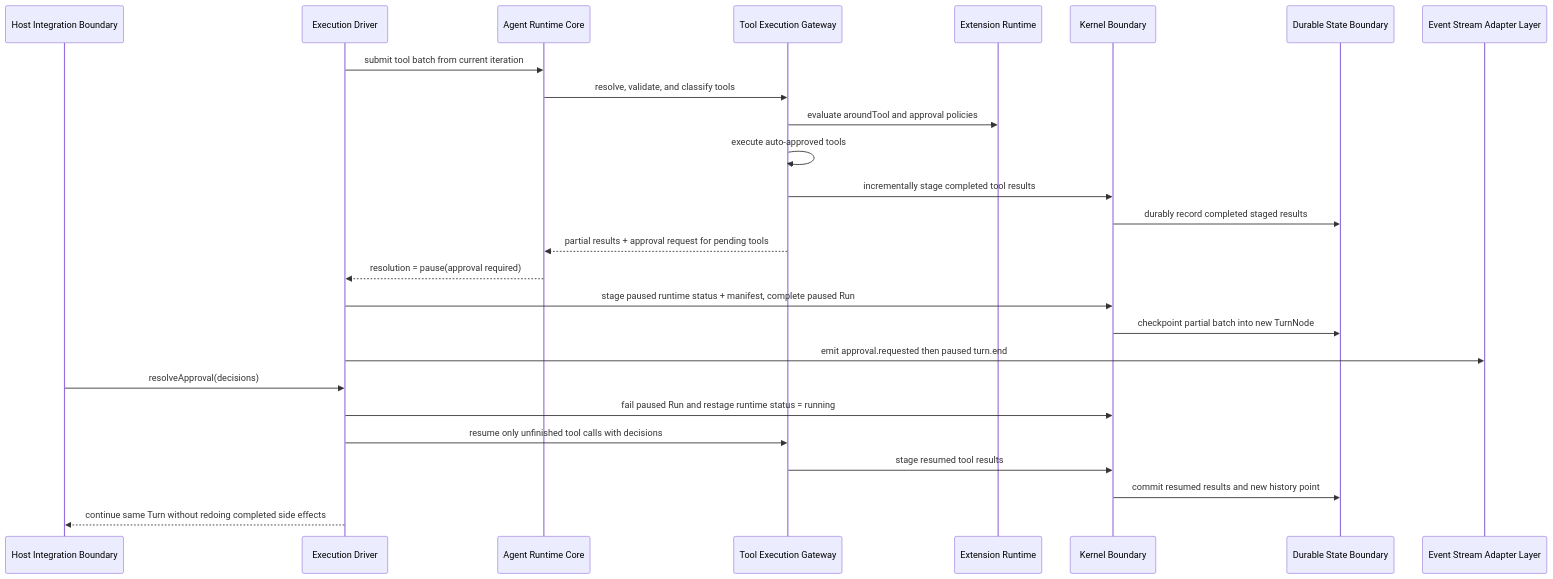
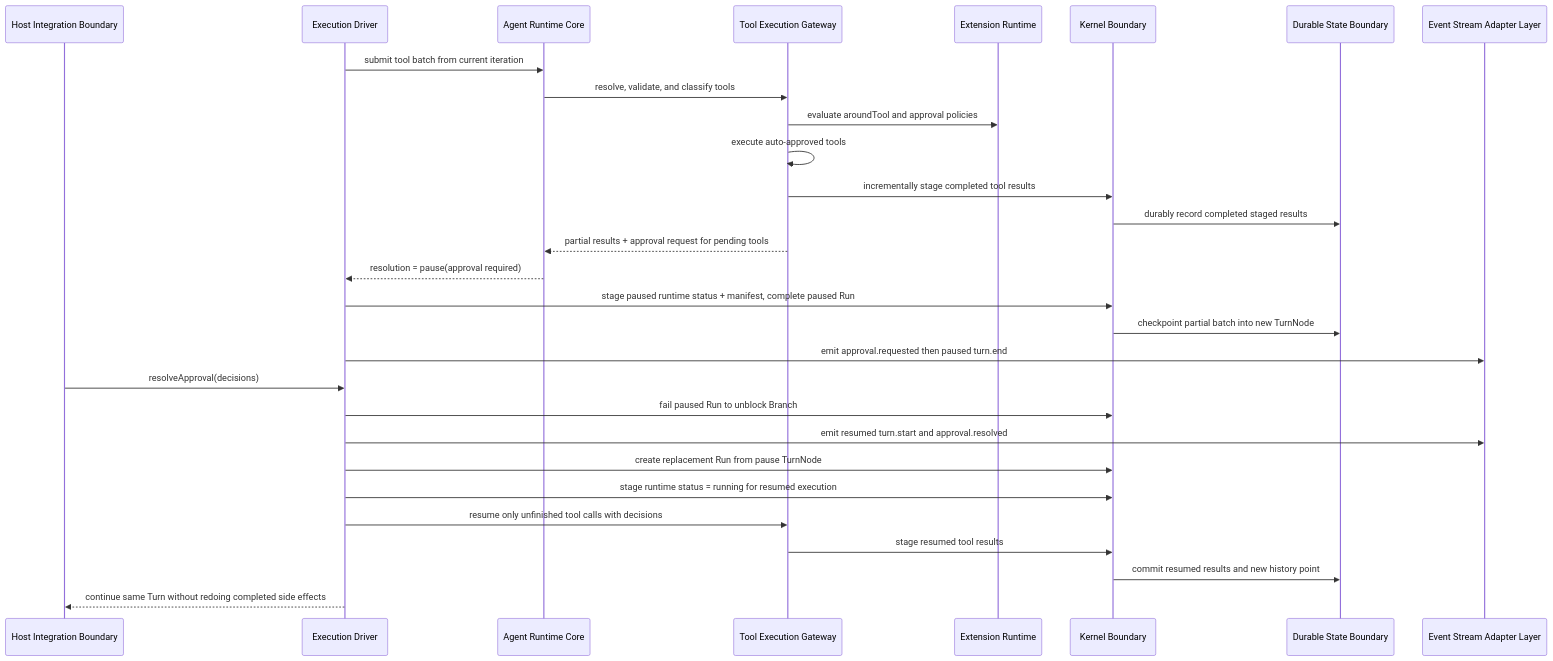
The third of 7 diagrams in constitution/Architecture.md (Tuvren/runtime), drawn with Mermaid before and after one commit. The commit also changed 1 other file, not shown here.

Commit message:
fix approval resume flow and framework package naming
Address PR feedback by aligning the constitution docs with the authoritative kernel and framework specifications.

This commit:
- updates the approval-resume sequence in constitution/Architecture.md so it shows the legal resume path: fail the paused Run, emit resumed control events, create a replacement Run, restage running status, and only then resume unfinished tool calls
- fixes the repo layout in constitution/TechSpec.md to use packages/framework instead of packages/constitution, keeping constitution/ reserved for governing documents and matching the testing/build guidance elsewhere in the TechSpec

This removes an illegal implied resume path and restores one unambiguous authoritative package name for the main framework package.

````diff
--- a/constitution/Architecture.md
+++ b/constitution/Architecture.md
@@ -207,29 +207,32 @@
 ```mermaid
 sequenceDiagram
 participant Host as Host Integration Boundary
 participant Driver as Execution Driver
 participant Core as Agent Runtime Core
 participant Tooling as Tool Execution Gateway
 participant Ext as Extension Runtime
 participant Kernel as Kernel Boundary
 participant State as Durable State Boundary
 participant Events as Event Stream Adapter Layer
 
 Driver->>Core: submit tool batch from current iteration
 Core->>Tooling: resolve, validate, and classify tools
 Tooling->>Ext: evaluate aroundTool and approval policies
 Tooling->>Tooling: execute auto-approved tools
 Tooling->>Kernel: incrementally stage completed tool results
 Kernel->>State: durably record completed staged results
 Tooling-->>Core: partial results + approval request for pending tools
 Core-->>Driver: resolution = pause(approval required)
 Driver->>Kernel: stage paused runtime status + manifest, complete paused Run
 Kernel->>State: checkpoint partial batch into new TurnNode
 Driver->>Events: emit approval.requested then paused turn.end
 Host->>Driver: resolveApproval(decisions)
-Driver->>Kernel: fail paused Run and restage runtime status = running
+Driver->>Kernel: fail paused Run to unblock Branch
+Driver->>Events: emit resumed turn.start and approval.resolved
+Driver->>Kernel: create replacement Run from pause TurnNode
+Driver->>Kernel: stage runtime status = running for resumed execution
 Driver->>Tooling: resume only unfinished tool calls with decisions
 Tooling->>Kernel: stage resumed tool results
 Kernel->>State: commit resumed results and new history point
 Driver-->>Host: continue same Turn without redoing completed side effects
 ```
````
